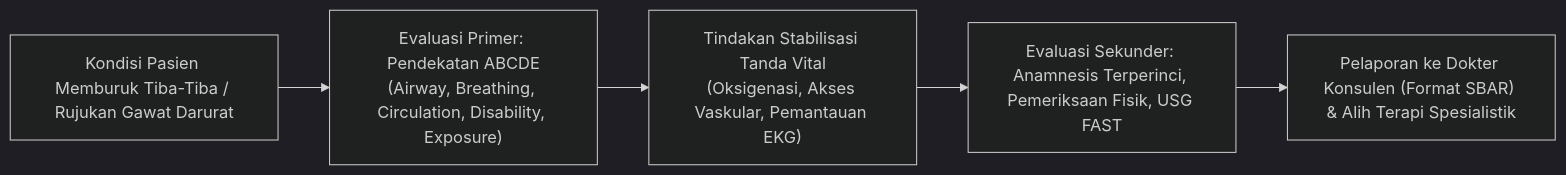
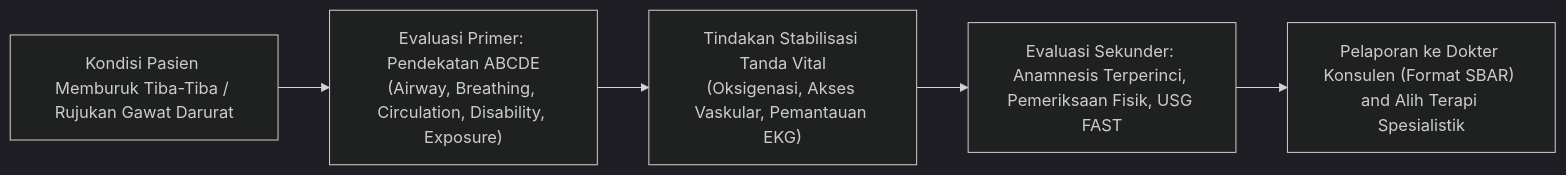
Before and after one commit to kenjinote/blog: the fourth of 7 diagrams in content/post/medical-doctor-education-qualifications-specialties/index.id.md, drawn with Mermaid (dark theme). The commit also changed other lines of this file and 12 other files, not shown here.

Commit message:
fix(medical-doctor): resolve mermaid syntax error in subgraph and fix unrendered bold asterisks

````diff
--- a/content/post/medical-doctor-education-qualifications-specialties/index.id.md
+++ b/content/post/medical-doctor-education-qualifications-specialties/index.id.md
@@ -200,7 +200,7 @@
 ```mermaid
 flowchart LR
     A["Kondisi Pasien Memburuk Tiba-Tiba / Rujukan Gawat Darurat"] --> B["Evaluasi Primer: Pendekatan ABCDE<br/>(Airway, Breathing, Circulation, Disability, Exposure)"]
     B --> C["Tindakan Stabilisasi Tanda Vital<br/>(Oksigenasi, Akses Vaskular, Pemantauan EKG)"]
     C --> D["Evaluasi Sekunder: Anamnesis Terperinci, Pemeriksaan Fisik, USG FAST"]
-    D --> E["Pelaporan ke Dokter Konsulen (Format SBAR) & Alih Terapi Spesialistik"]
+    D --> E["Pelaporan ke Dokter Konsulen (Format SBAR) and Alih Terapi Spesialistik"]
 ```
````
